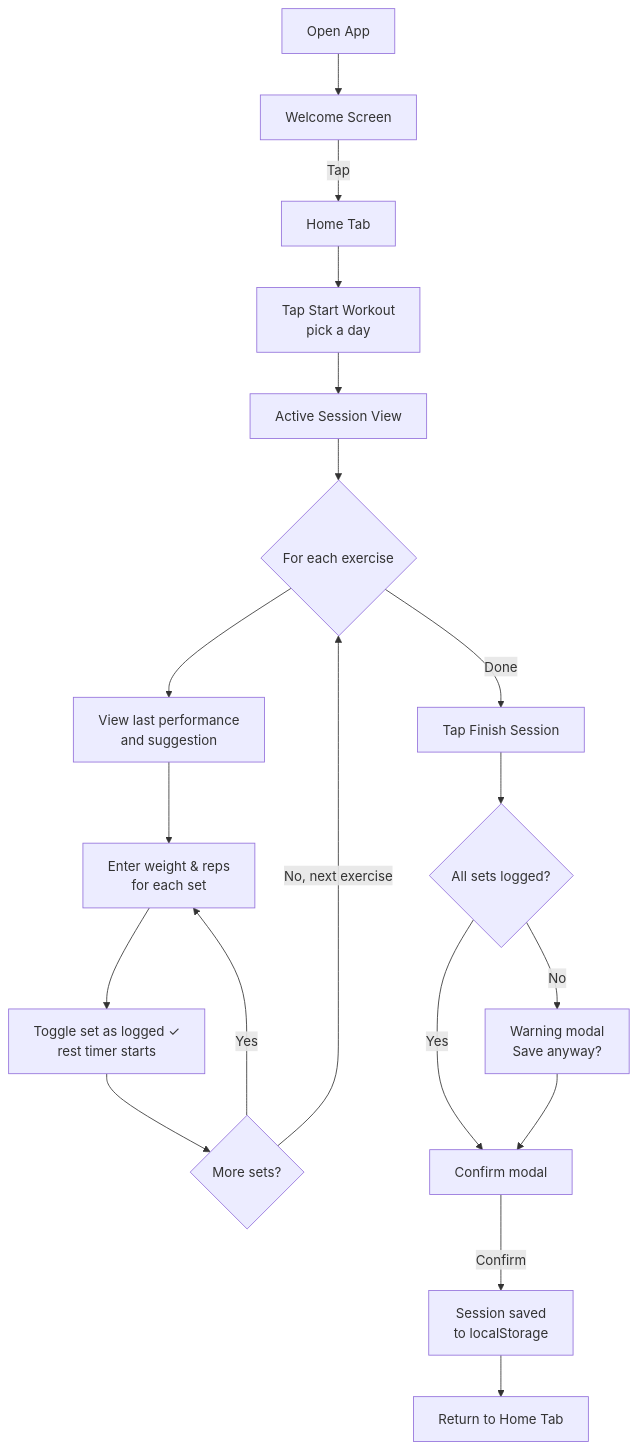
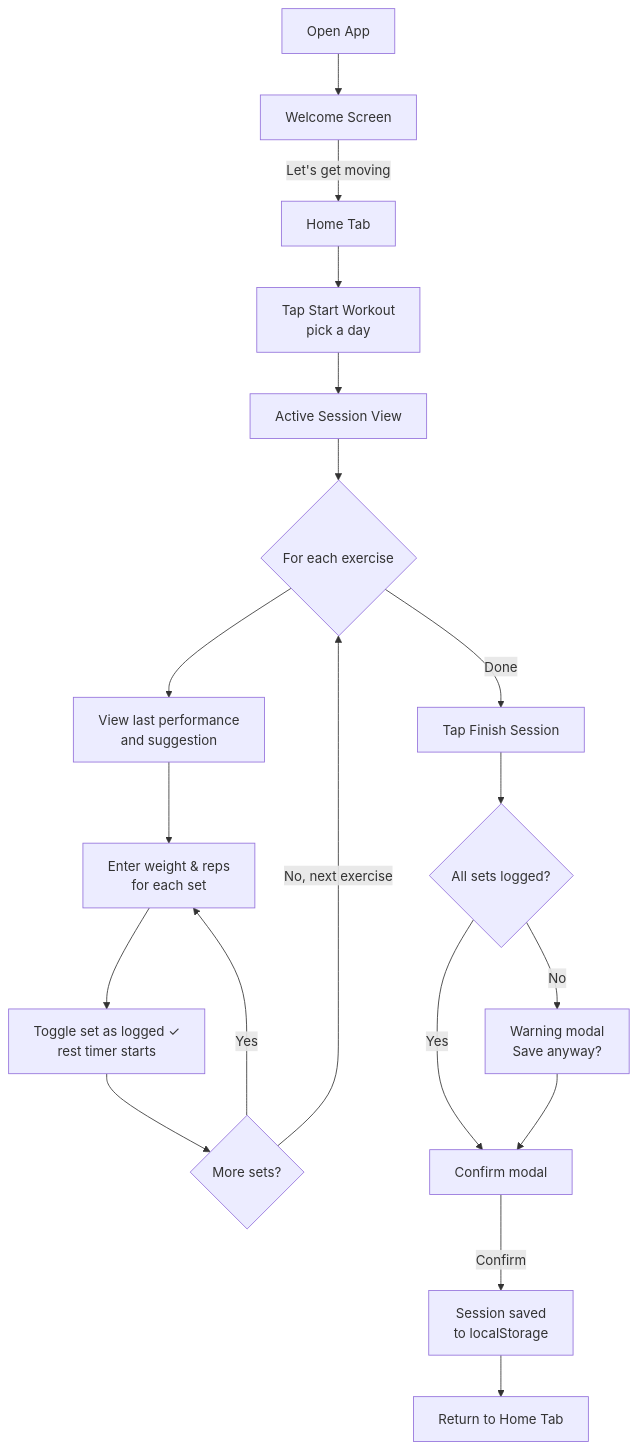
The fifth of 8 diagrams in ARCHITECTURE.md (reidrussell-alt/plate-log), drawn with Mermaid before and after one commit. The commit also changed other lines of this file and 11 other files, not shown here.

````diff
--- a/ARCHITECTURE.md
+++ b/ARCHITECTURE.md
@@ -343,21 +343,21 @@
 ```mermaid
 flowchart TD
     A[Open App] --> B[Welcome Screen]
-    B -->|Tap| C[Home Tab]
+    B -->|Let's get moving| C[Home Tab]
     C --> D[Tap Start Workout\npick a day]
     D --> E[Active Session View]
     E --> F{For each exercise}
     F --> G[View last performance\nand suggestion]
     G --> H[Enter weight & reps\nfor each set]
     H --> I[Toggle set as logged ✓\nrest timer starts]
     I --> J{More sets?}
     J -->|Yes| H
     J -->|No, next exercise| F
     F -->|Done| K[Tap Finish Session]
     K --> L{All sets logged?}
     L -->|No| M[Warning modal\nSave anyway?]
     L -->|Yes| N[Confirm modal]
     M --> N
     N -->|Confirm| O[Session saved\nto localStorage]
     O --> P[Return to Home Tab]
 ```
````
